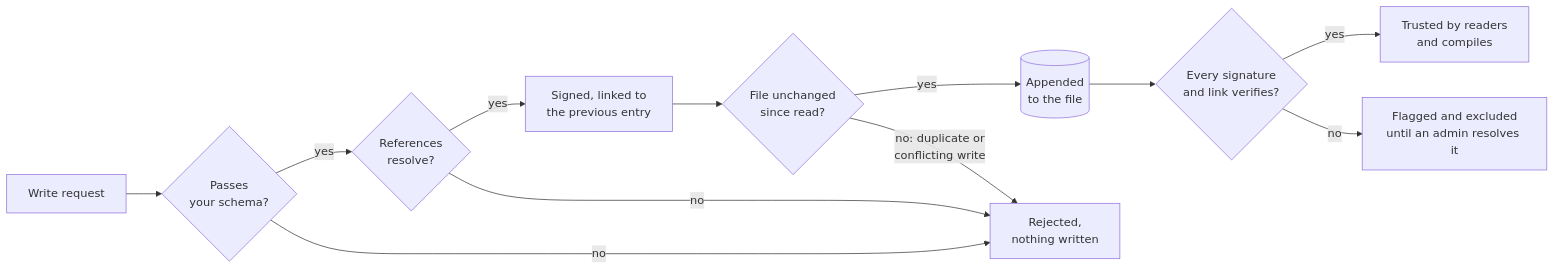
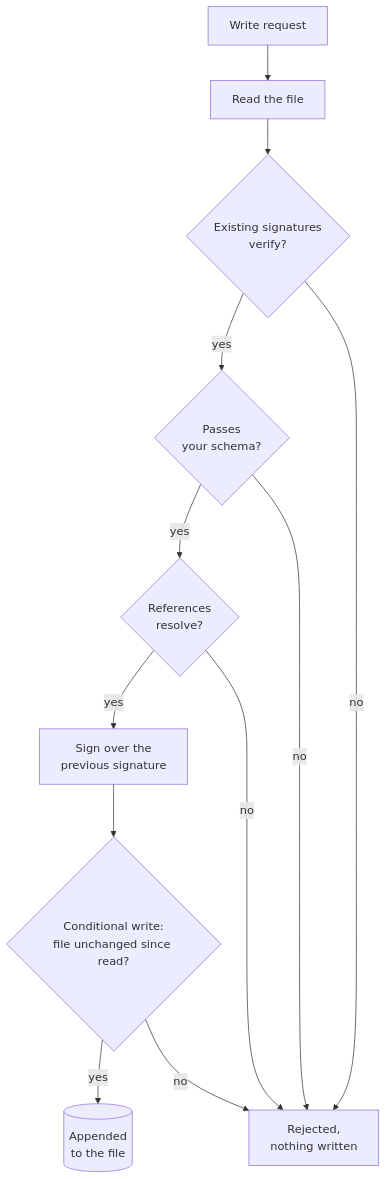
The second of 2 diagrams in README.md (bristweb/yafidb), drawn with Mermaid before and after one commit.

Commit message:
Correct write validation flow

````diff
--- a/README.md
+++ b/README.md
@@ -74,14 +74,14 @@
 ```mermaid
-flowchart LR
-    R[Write request] --> V{Passes<br/>your schema?}
+flowchart TB
+    R[Write request] --> E[Read the file]
+    E --> K{Existing signatures<br/>verify?}
+    K -->|yes| V{Passes<br/>your schema?}
     V -->|yes| L{References<br/>resolve?}
-    L -->|yes| S[Signed, linked to<br/>the previous entry]
-    S --> C{File unchanged<br/>since read?}
+    L -->|yes| S[Sign over the<br/>previous signature]
+    S --> C{Conditional write:<br/>file unchanged since read?}
     C -->|yes| F[(Appended<br/>to the file)]
-    V -->|no| X[Rejected,<br/>nothing written]
+    K -->|no| X[Rejected,<br/>nothing written]
+    V -->|no| X
     L -->|no| X
-    C -->|no: duplicate or<br/>conflicting write| X
-    F --> K{Every signature<br/>and link verifies?}
-    K -->|yes| O[Trusted by readers<br/>and compiles]
-    K -->|no| Q[Flagged and excluded<br/>until an admin resolves it]
+    C -->|no| X
 ```
````
